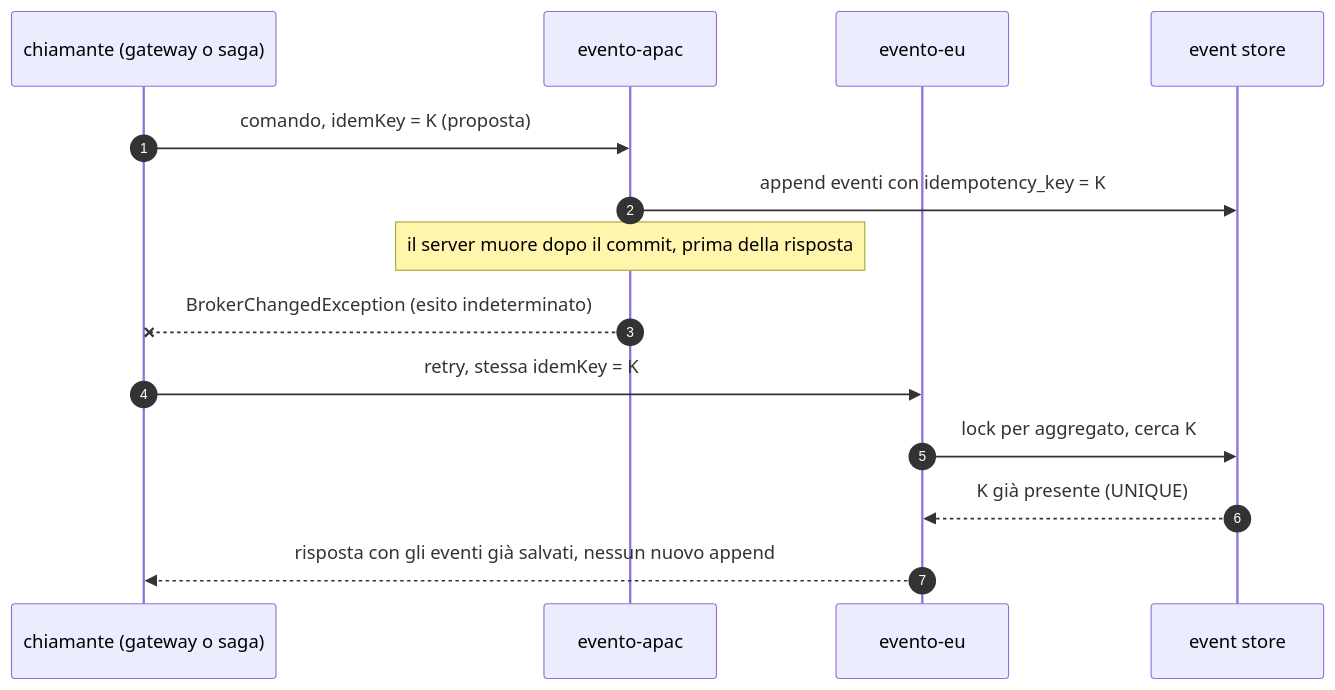
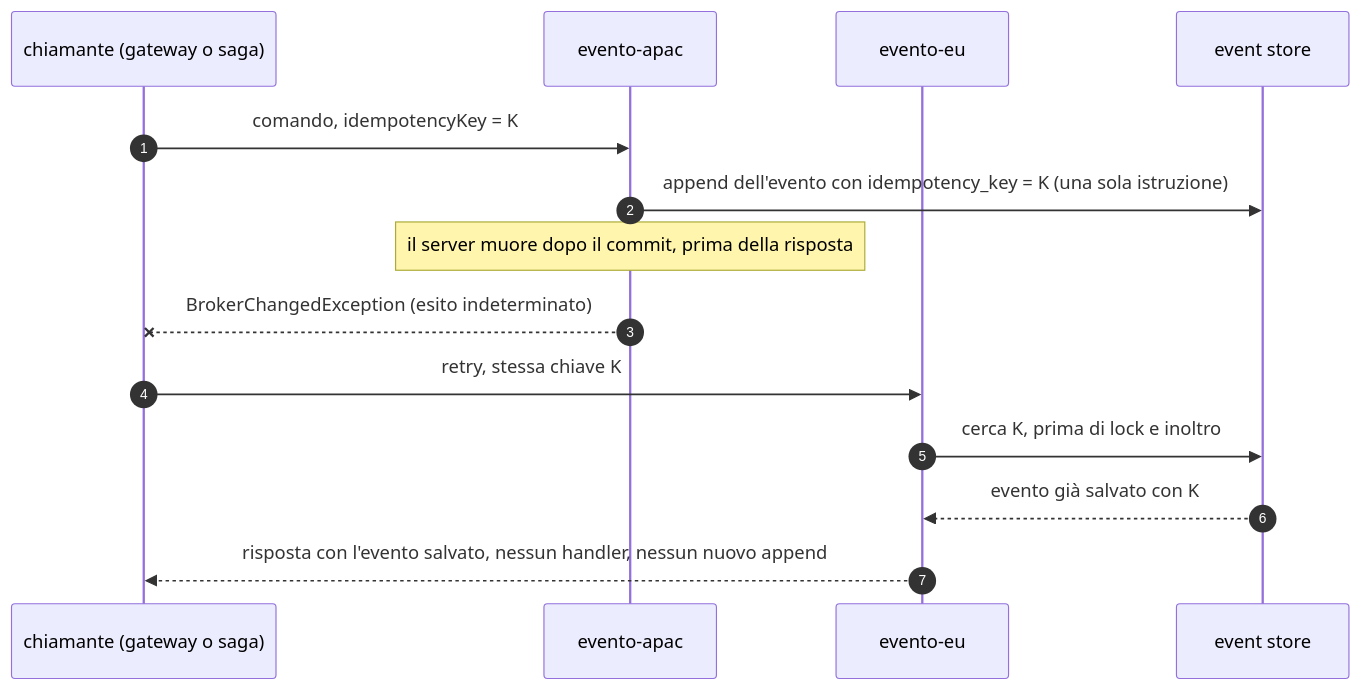
Before and after one commit to EventoFramework/evento-framework: the second of 2 diagrams in evento-lab-cluster/docs/L5-limits-roadmap.md, drawn with Mermaid. The commit also changed other lines of this file and 7 other files, not shown here.

````diff
--- a/evento-lab-cluster/docs/L5-limits-roadmap.md
+++ b/evento-lab-cluster/docs/L5-limits-roadmap.md
@@ -69,16 +76,16 @@
 ```mermaid
 sequenceDiagram
     autonumber
     participant C as chiamante (gateway o saga)
     participant S1 as evento-apac
     participant S2 as evento-eu
     participant ES as event store
-    C->>S1: comando, idemKey = K (proposta)
-    S1->>ES: append eventi con idempotency_key = K
+    C->>S1: comando, idempotencyKey = K
+    S1->>ES: append dell'evento con idempotency_key = K (una sola istruzione)
     Note over S1: il server muore dopo il commit, prima della risposta
     S1--xC: BrokerChangedException (esito indeterminato)
-    C->>S2: retry, stessa idemKey = K
-    S2->>ES: lock per aggregato, cerca K
-    ES-->>S2: K già presente (UNIQUE)
-    S2-->>C: risposta con gli eventi già salvati, nessun nuovo append
+    C->>S2: retry, stessa chiave K
+    S2->>ES: cerca K, prima di lock e inoltro
+    ES-->>S2: evento già salvato con K
+    S2-->>C: risposta con l'evento salvato, nessun handler, nessun nuovo append
 ```
````
